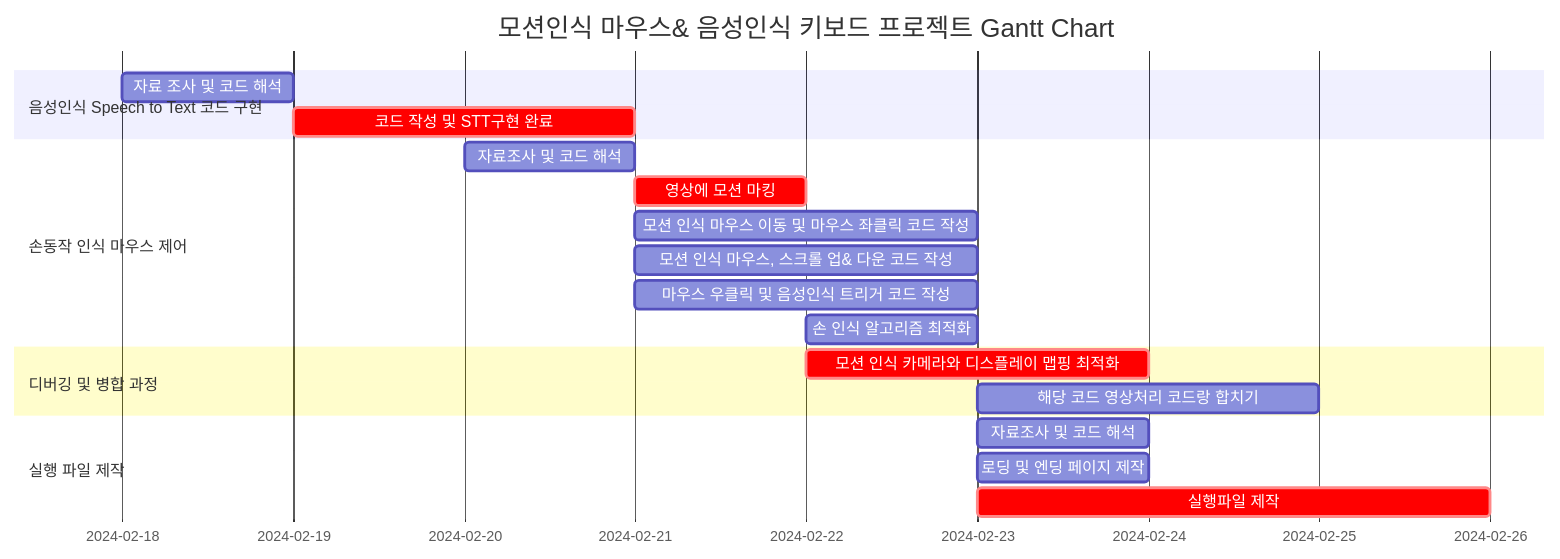
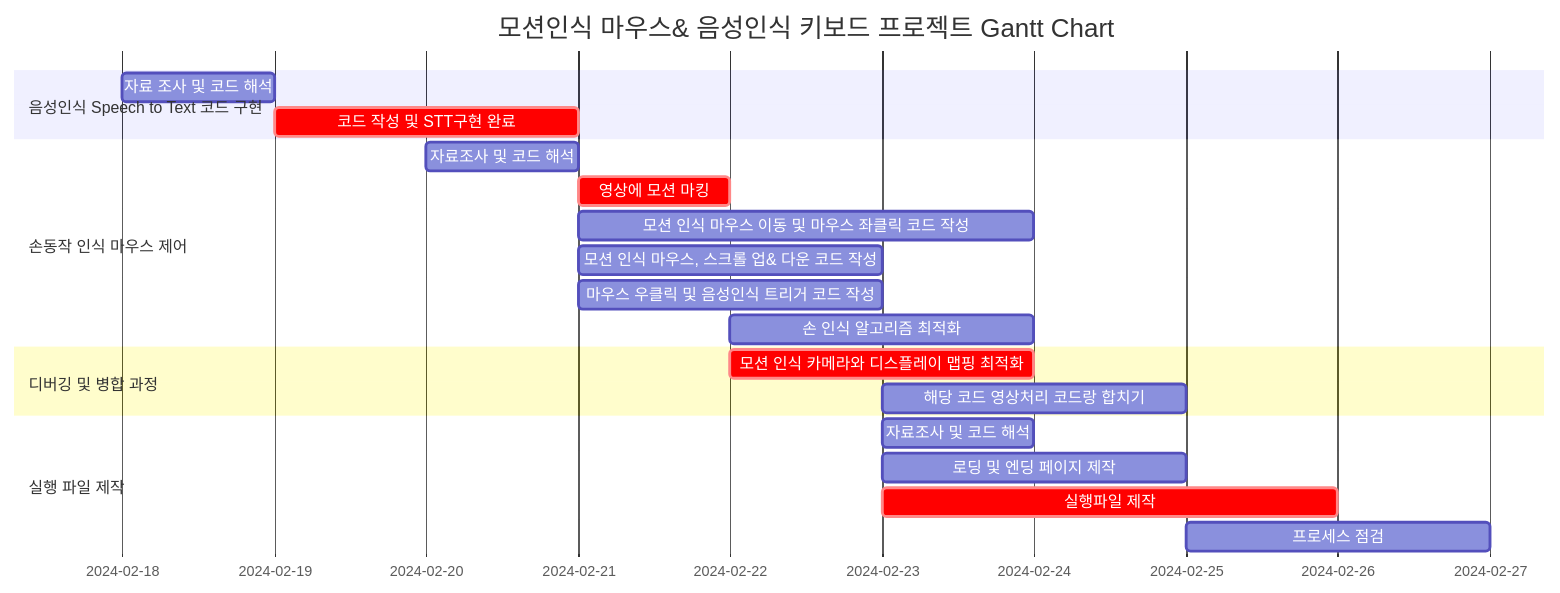
Before and after one commit to CodeMystero/motionKeyboardMouse: the diagram in README.md, drawn with Mermaid.

````diff
--- a/README.md
+++ b/README.md
@@ -62,26 +62,28 @@
 ```mermaid
 gantt
     dateFormat  MM-DD-YYYY
     title       모션인식 마우스& 음성인식 키보드 프로젝트 Gantt Chart
 	
 	section 음성인식 Speech to Text 코드 구현
 		자료 조사 및 코드 해석 :2024-02-18, 1d
                 코드 작성 및 STT구현 완료  :crit, 2024-02-19, 2d
 	
 	section 손동작 인식 마우스 제어
 		자료조사 및 코드 해석	: 2024-02-20, 1d
 		영상에 모션 마킹  :crit, 2024-02-21, 1d
-		모션 인식 마우스 이동 및 마우스 좌클릭 코드 작성 : 2024-02-21, 2d
+		모션 인식 마우스 이동 및 마우스 좌클릭 코드 작성 : 2024-02-21, 3d
 		모션 인식 마우스, 스크롤 업& 다운 코드 작성 : 2024-02-21, 2d
 		마우스 우클릭 및 음성인식 트리거 코드 작성  : 2024-02-21, 2d
-		손 인식 알고리즘 최적화 : 2024-02-22, 1d
+		손 인식 알고리즘 최적화 : 2024-02-22, 2d
 
 	section 디버깅 및 병합 과정
 		모션 인식 카메라와 디스플레이 맵핑 최적화 : crit, 2024-02-22, 2d
 		해당 코드 영상처리 코드랑 합치기 :2024-02-23, 2d
 
 	section 실행 파일 제작
 		자료조사 및 코드 해석 : 2024-02-23, 1d
-		로딩 및 엔딩 페이지 제작 : 2024-02-23, 1d
+		로딩 및 엔딩 페이지 제작 : 2024-02-23, 2d
 		실행파일 제작 : crit, 2024-02-23, 3d
+		프로세스 점검 : cirt, 2024-02-25, 2d
+
 ```
````
